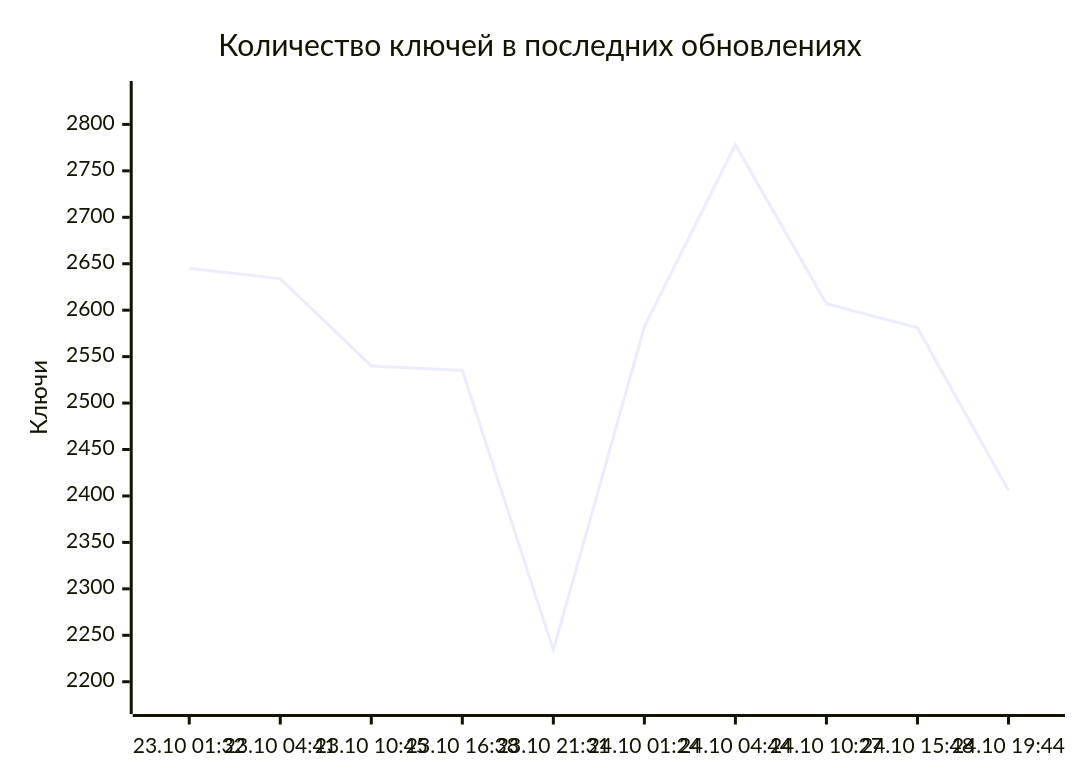
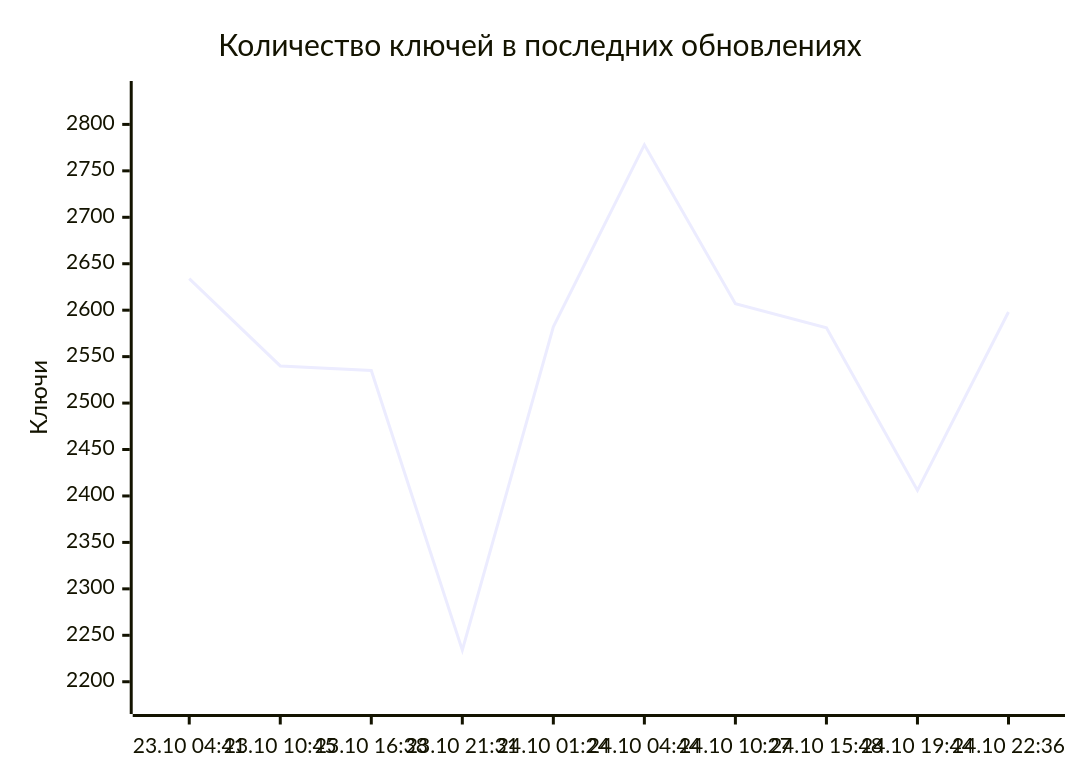
One commit to markKikhtenko/WireVeil changed the diagram in README.md. Above: the diagram before and after it, drawn with Mermaid. The commit also changed other lines of this file and 13 other files, not shown here.

````diff
--- a/README.md
+++ b/README.md
@@ -55,7 +55,7 @@
 ```mermaid
 xychart-beta
     title "Количество ключей в последних обновлениях"
-    x-axis ["23.10 01:32", "23.10 04:41", "23.10 10:45", "23.10 16:38", "23.10 21:31", "24.10 01:24", "24.10 04:44", "24.10 10:27", "24.10 15:48", "24.10 19:44"]
+    x-axis ["23.10 04:41", "23.10 10:45", "23.10 16:38", "23.10 21:31", "24.10 01:24", "24.10 04:44", "24.10 10:27", "24.10 15:48", "24.10 19:44", "24.10 22:36"]
     y-axis "Ключи" 2179 --> 2833
-    line [2645, 2634, 2540, 2535, 2234, 2582, 2778, 2607, 2581, 2406]
+    line [2634, 2540, 2535, 2234, 2582, 2778, 2607, 2581, 2406, 2598]
 ```
````
